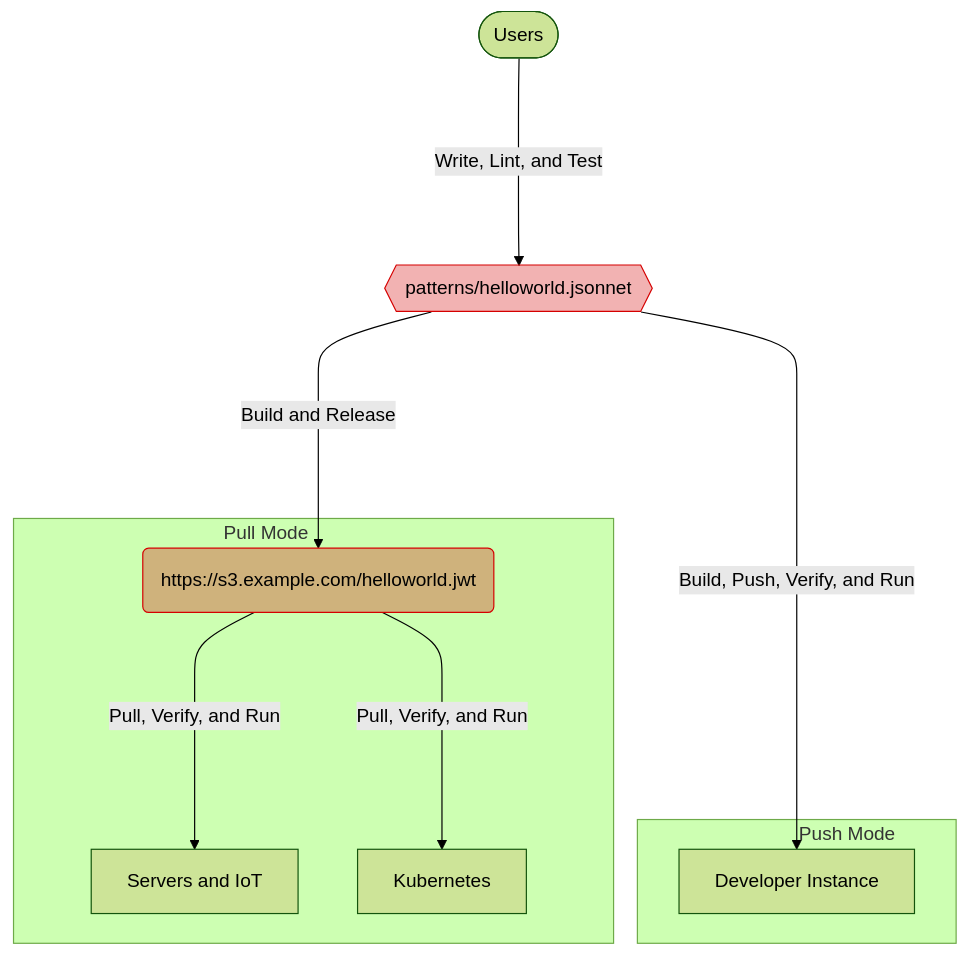
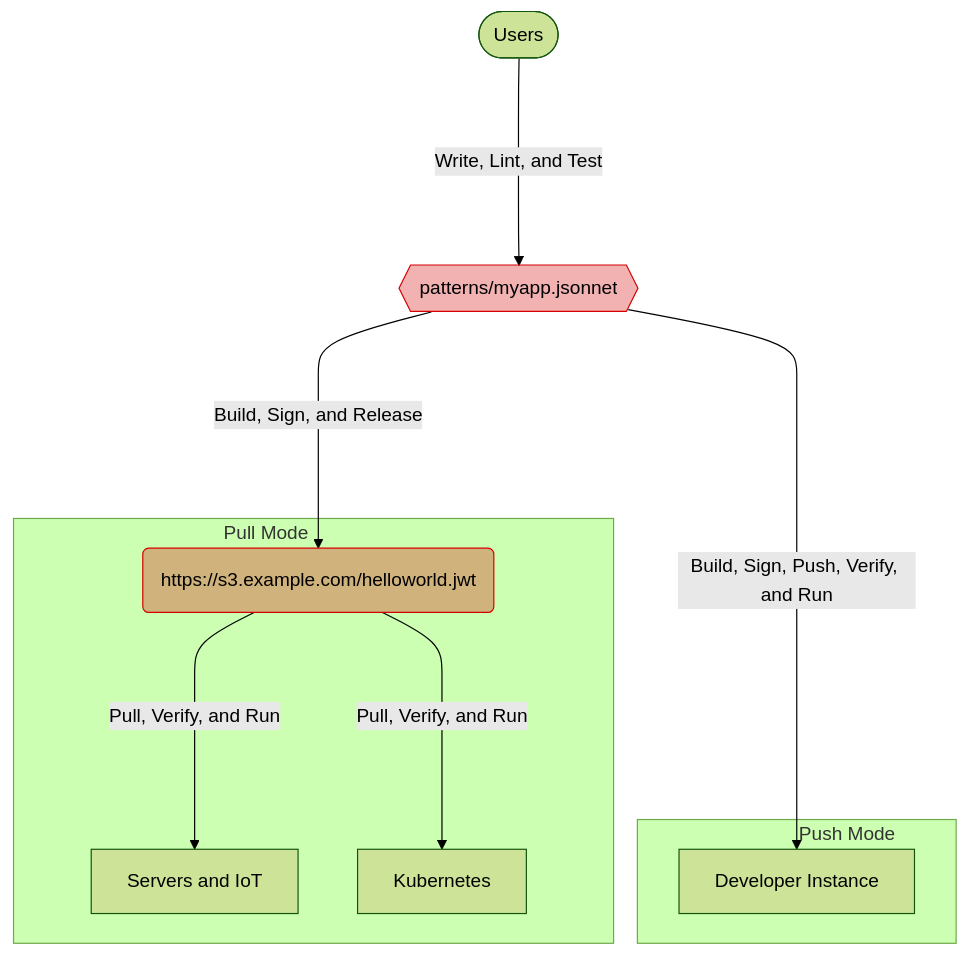
The diagram in hugo/content/_index.md (candiddev/etcha), drawn with Mermaid (forest theme) before and after one commit. The commit also changed 11 other files, not shown here.

````diff
--- a/hugo/content/_index.md
+++ b/hugo/content/_index.md
@@ -10,24 +10,24 @@
 ```mermaid
 flowchart TD
-  style helloworld fill:#d50000,fill-opacity:0.3,stroke:#d50000
+  style myapp fill:#d50000,fill-opacity:0.3,stroke:#d50000
   style storage fill:#d50000,fill-opacity:0.3,stroke:#d50000
 
-  helloworld{{patterns/helloworld.jsonnet}}
+  myapp{{patterns/myapp.jsonnet}}
   user([Users])
 
   subgraph Pull Mode&nbsp&nbsp&nbsp&nbsp&nbsp&nbsp&nbsp&nbsp&nbsp&nbsp&nbsp&nbsp&nbsp&nbsp&nbsp&nbsp&nbsp&nbsp
     storage(https://s3.example.com/helloworld.jwt)
     servers[Servers and IoT]
     kubernetes["Kubernetes"]
   end
 
   subgraph &nbsp&nbsp&nbsp&nbsp&nbsp&nbsp&nbsp&nbsp&nbsp&nbsp&nbsp&nbsp&nbsp&nbsp&nbsp&nbsp&nbsp&nbsp&nbspPush Mode
     instance[Developer Instance]
   end
 
-  user -- Write, Lint, and Test ----> helloworld
-  helloworld -- Build and Release ----> storage
+  user -- Write, Lint, and Test ----> myapp
+  myapp -- Build, Sign, and Release ----> storage
   storage -- Pull, Verify, and Run ----> servers
   storage -- Pull, Verify, and Run ----> kubernetes
-  helloworld -- Build, Push, Verify, and Run -------> instance
+  myapp -- Build, Sign, Push, Verify, and Run -------> instance
 ```
````
